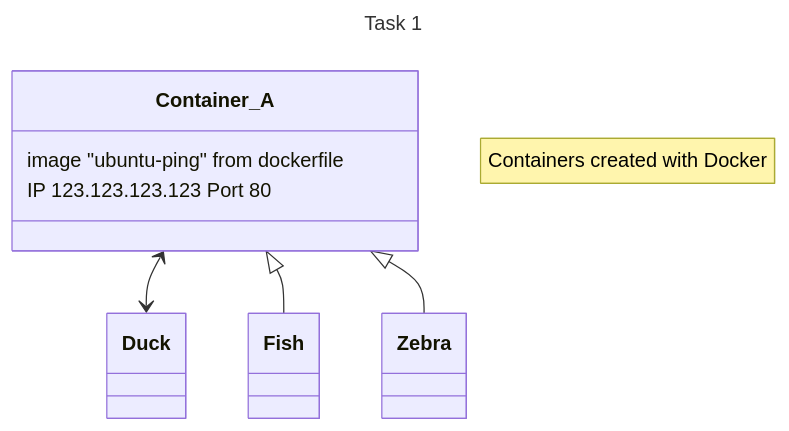
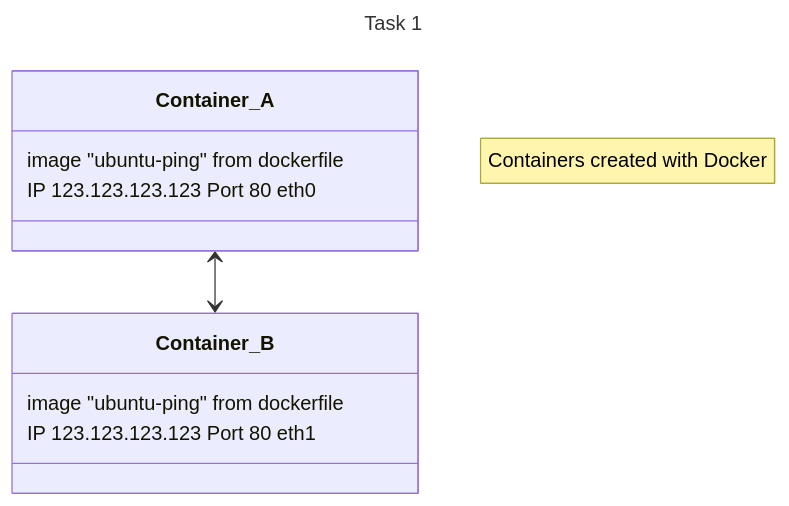
One commit to cakossowski/Ipo-Tasks changed the diagram in README.md. Above: the diagram before and after it, drawn with Mermaid.

````diff
--- a/README.md
+++ b/README.md
@@ -11,15 +11,15 @@
 ```mermaid
 ---
 title: Task 1
 ---
 classDiagram
     note "Containers created with Docker"
-    Container_A < -- > Duck
-    Container_A <|-- Fish
-    Container_A <|-- Zebra
+    Container_A < -- > Container_B
     Container_A : image "ubuntu-ping" from dockerfile
-    Container_A : IP 123.123.123.123 Port 80
+    Container_A : IP 123.123.123.123 Port 80 eth0
+    Container_B : image "ubuntu-ping" from dockerfile
+    Container_B : IP 123.123.123.123 Port 80 eth1
 
 
 
 ```
````
